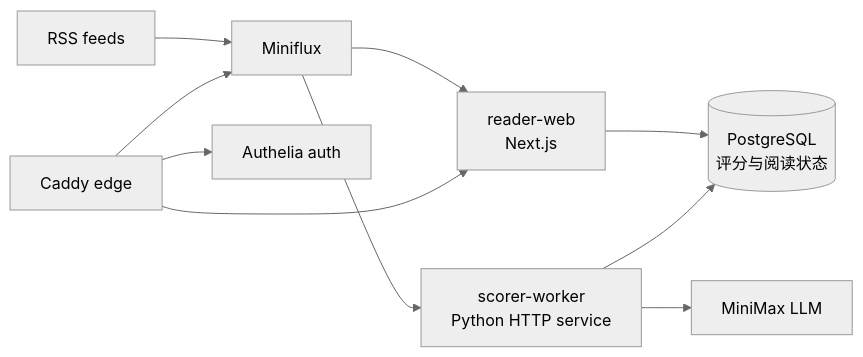
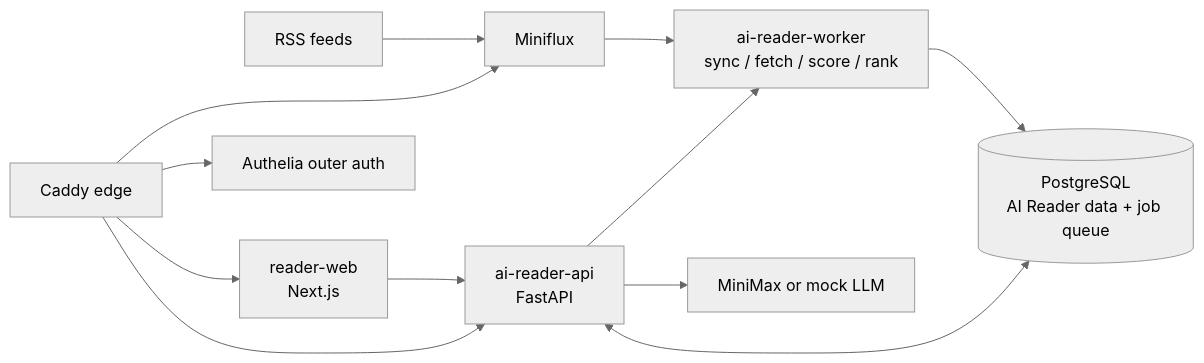
The diagram in README.zh-CN.md (blankhoney/reno_rss), drawn with Mermaid (neutral theme) before and after one commit. The commit also changed other lines of this file and 3 other files, not shown here.

````diff
--- a/README.zh-CN.md
+++ b/README.zh-CN.md
@@ -38,12 +56,14 @@
 ```mermaid
 flowchart LR
   RSS[RSS feeds] --> Miniflux[Miniflux]
-  Miniflux --> Reader[reader-web<br/>Next.js]
-  Miniflux --> Scorer[scorer-worker<br/>Python HTTP service]
-  Scorer --> LLM[MiniMax LLM]
-  Reader --> DB[(PostgreSQL<br/>评分与阅读状态)]
-  Scorer --> DB
-  Caddy[Caddy edge] --> Authelia[Authelia auth]
-  Caddy --> Reader
+  Miniflux --> Worker[ai-reader-worker<br/>sync / fetch / score / rank]
+  Worker --> DB[(PostgreSQL<br/>AI Reader data + job queue)]
+  API[ai-reader-api<br/>FastAPI] <--> DB
+  API --> Worker
+  API --> LLM[MiniMax or mock LLM]
+  Web[reader-web<br/>Next.js] --> API
+  Caddy[Caddy edge] --> Web
+  Caddy --> API
   Caddy --> Miniflux
+  Caddy --> Authelia[Authelia outer auth]
 ```
````
